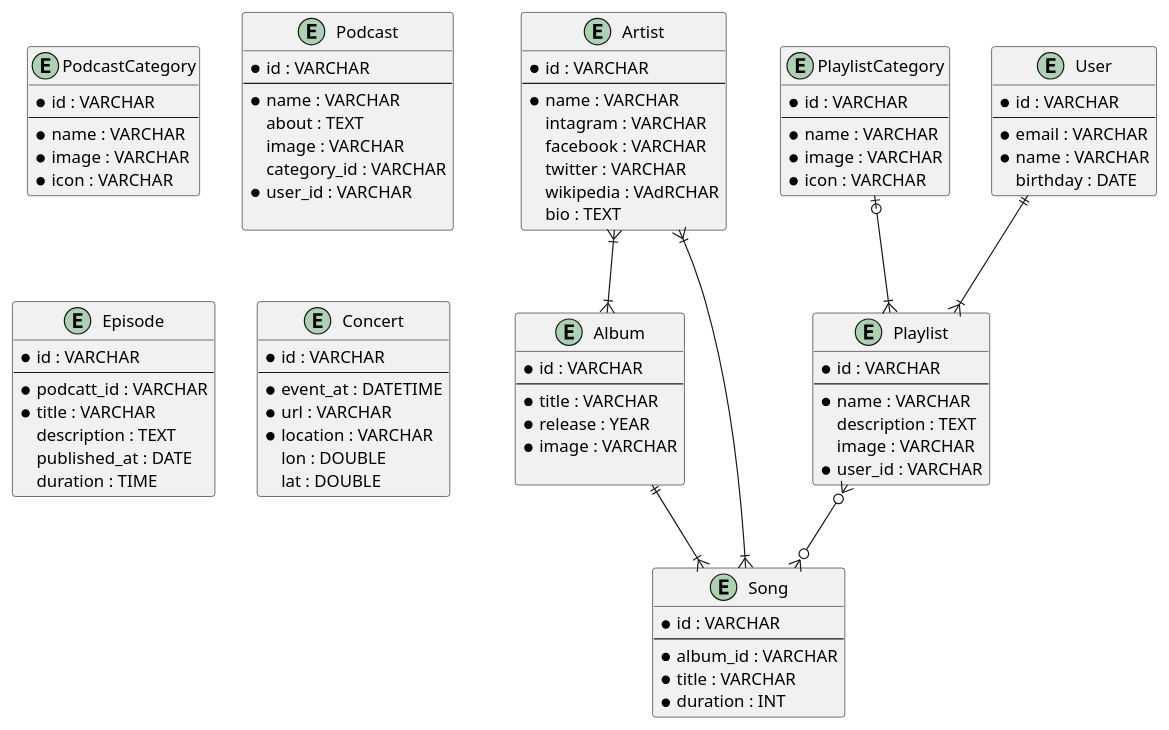
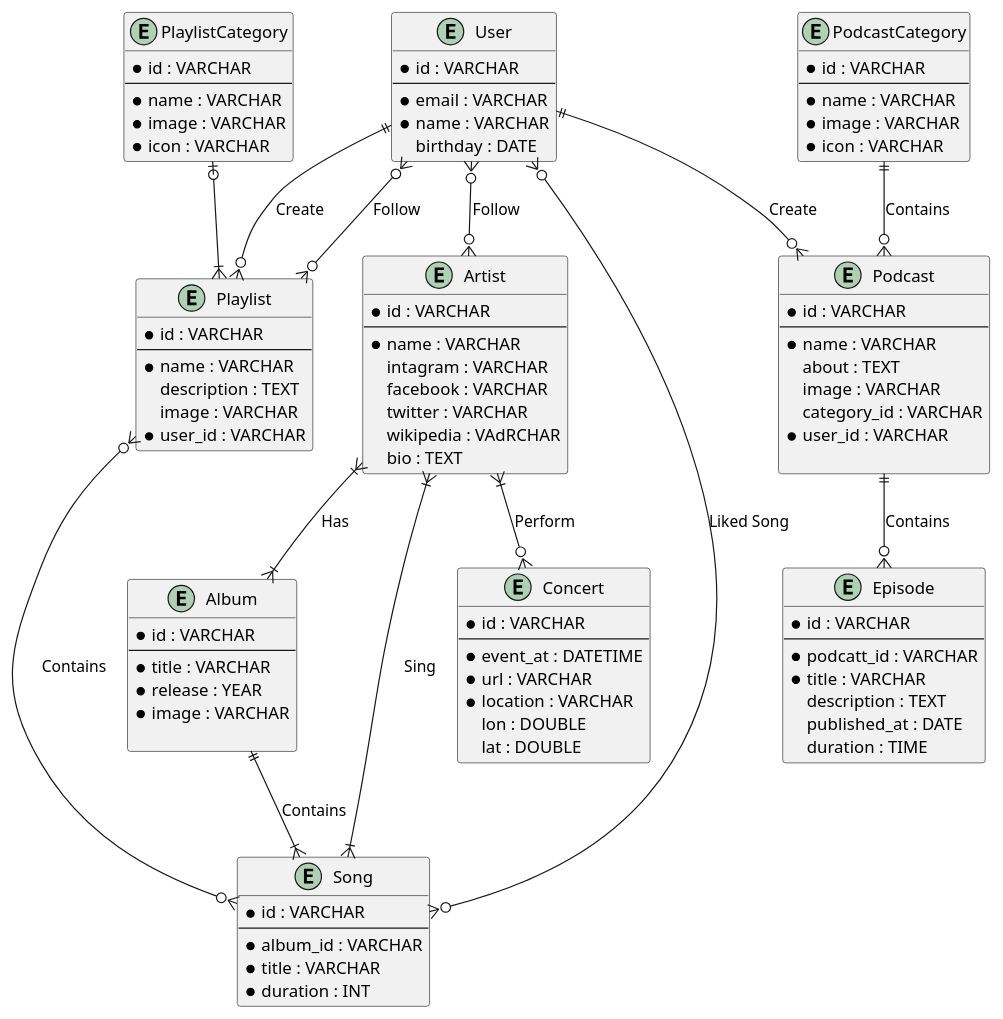
One commit to ahmadihsanullah/Database-Design---Spotify-Clone changed the diagram in entity.puml. Above: the diagram before and after it, drawn with PlantUML.

Commit message:
add description for relation tables

```diff
--- a/entity.puml
+++ b/entity.puml
@@ -1,109 +1,117 @@
 @startuml
 
 entity Artist {
     * id : VARCHAR
     --
     * name : VARCHAR
     intagram : VARCHAR
     facebook : VARCHAR
     twitter : VARCHAR
     wikipedia : VAdRCHAR
     bio : TEXT
 }
 
 entity Album {
     * id : VARCHAR 
     --
     * title : VARCHAR
     * release : YEAR
     * image : VARCHAR
 
 }
 
 entity Song {
     * id : VARCHAR
     --
     * album_id : VARCHAR
     * title : VARCHAR
     * duration : INT
 }
 
 entity PlaylistCategory {
     * id : VARCHAR
     --
     * name : VARCHAR
     * image : VARCHAR
     * icon : VARCHAR
 }
 
 entity Playlist {
     * id : VARCHAR
     --
     * name : VARCHAR
     description : TEXT
     image : VARCHAR
     * user_id : VARCHAR
 }
 
 entity PodcastCategory {
     * id : VARCHAR
     --
     * name : VARCHAR
     * image : VARCHAR
     * icon : VARCHAR
 }
 
 entity Podcast {
       * id : VARCHAR
     --
     * name : VARCHAR
     about : TEXT
     image : VARCHAR
     category_id : VARCHAR
     * user_id : VARCHAR
     
 }
 
 entity Episode {
     * id : VARCHAR
     --
     *  podcatt_id : VARCHAR
     * title : VARCHAR
     description : TEXT
     published_at : DATE
     duration : TIME
 }
 
 entity User {
     * id : VARCHAR
     --
     * email : VARCHAR
     * name : VARCHAR
     birthday : DATE
 }
 
 entity Concert {
     * id : VARCHAR
     --
     * event_at : DATETIME
     * url : VARCHAR
     * location : VARCHAR
     lon : DOUBLE
     lat : DOUBLE
 }
 
 ' relasi table
 ' many to many  
-Artist }|--|{ Album 
+Artist }|--|{ Album : Has
 ' one to many
-Album ||--|{ Song
+Album ||--|{ Song : Contains
 ' many to many
-Artist }|--|{ Song 
+Artist }|--|{ Song : Sing
 ' 0 atau 1 ke 1 atau banyak
 PlaylistCategory |o--|{ Playlist
 'playlist wajib punya 1 user
-User ||--|{ Playlist
+User ||--o{ Playlist : Create
 ' bisa saja playlist tidak memiliki lagu, begitupun sebalikya
-Playlist }o--o{ Song
+Playlist }o--o{ Song : Contains
+PodcastCategory ||--o{ Podcast : Contains
+User ||--o{ Podcast : Create
+Podcast ||--o{ Episode : Contains
+Artist }|--o{ Concert: Perform
+User }o--o{ Artist : Follow 
+User }o--o{ Song : Liked Song
+User }o--o{ Playlist : Follow
+
 
 @enduml
```
